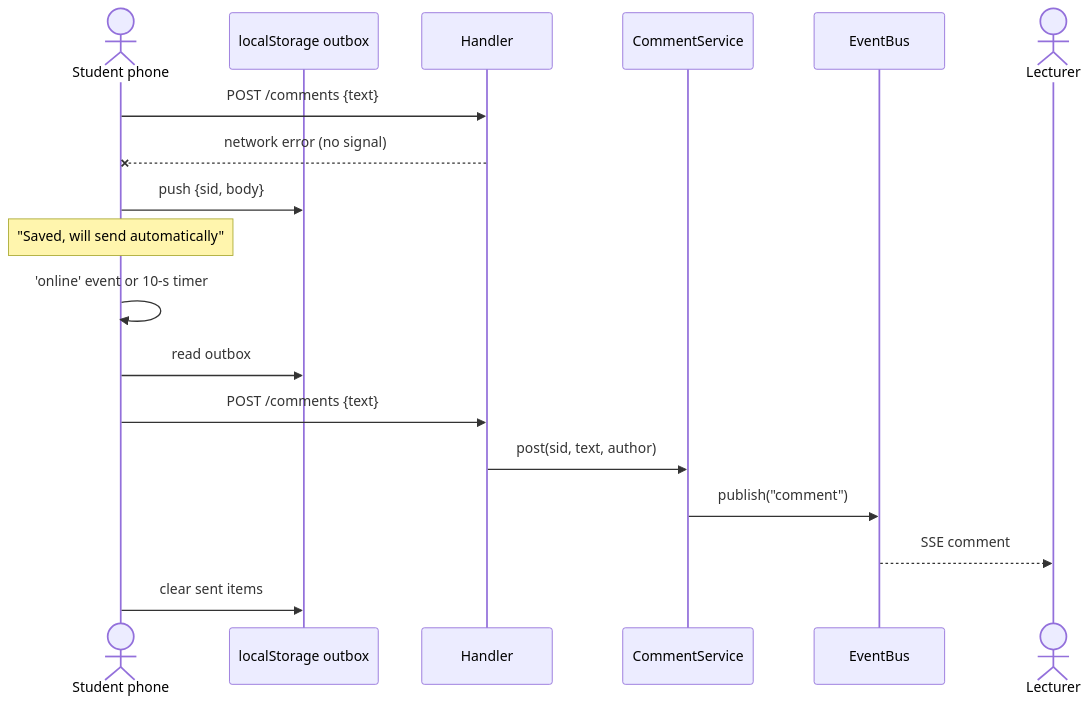
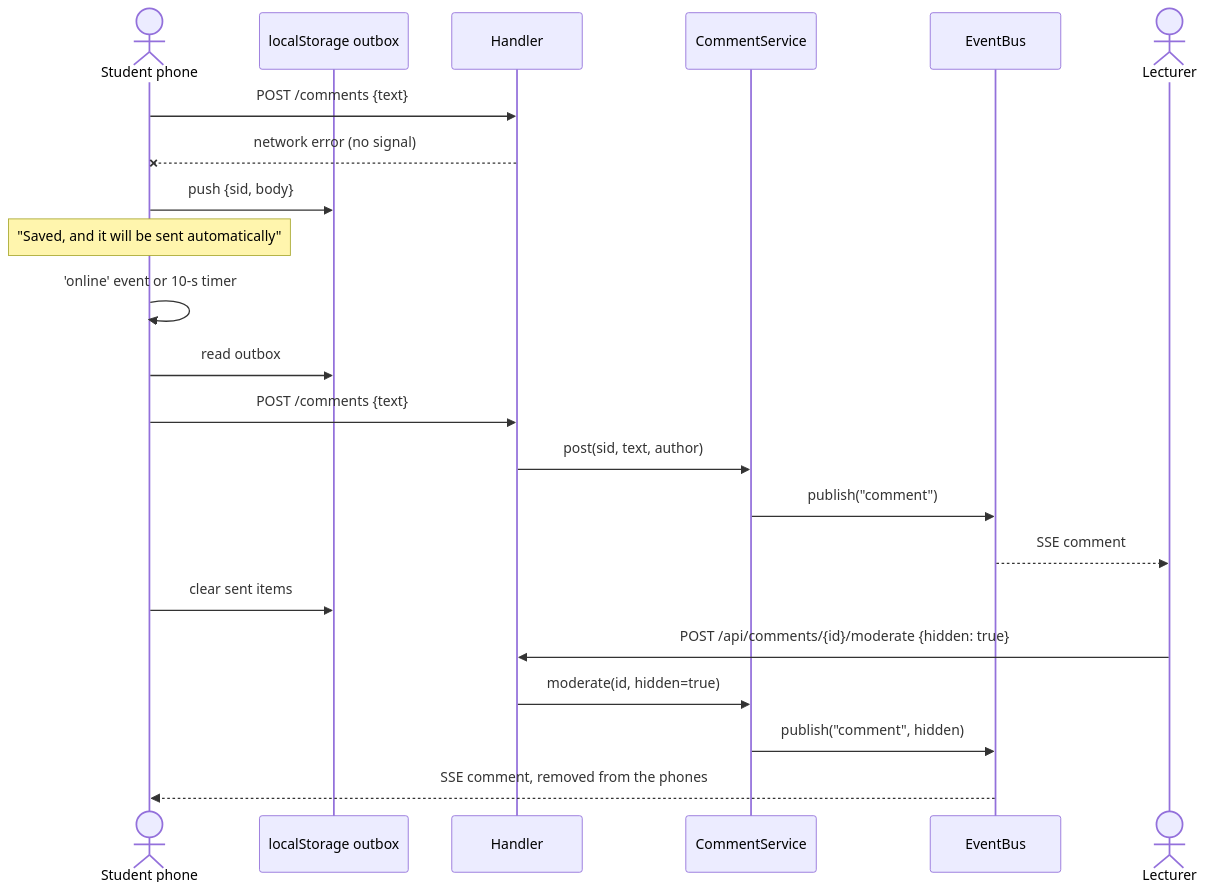
The fourth of 6 diagrams in docs/07-sequence-diagrams.md (roneliyahu2001/oop-ex2-classpulse), drawn with Mermaid before and after one commit. The commit also changed other lines of this file and 47 other files, not shown here.

````diff
--- a/docs/07-sequence-diagrams.md
+++ b/docs/07-sequence-diagrams.md
@@ -75,21 +109,25 @@
 ```mermaid
 sequenceDiagram
   actor St as Student phone
   participant LS as localStorage outbox
   participant H as Handler
   participant C as CommentService
   participant B as EventBus
   actor Lc as Lecturer
 
   St->>H: POST /comments {text}
   H--xSt: network error (no signal)
   St->>LS: push {sid, body}
-  Note over St: "Saved, will send automatically"
+  Note over St: "Saved, and it will be sent automatically"
   St->>St: 'online' event or 10-s timer
   St->>LS: read outbox
   St->>H: POST /comments {text}
   H->>C: post(sid, text, author)
   C->>B: publish("comment")
   B-->>Lc: SSE comment
   St->>LS: clear sent items
+  Lc->>H: POST /api/comments/{id}/moderate {hidden: true}
+  H->>C: moderate(id, hidden=true)
+  C->>B: publish("comment", hidden)
+  B-->>St: SSE comment, removed from the phones
 ```
````
